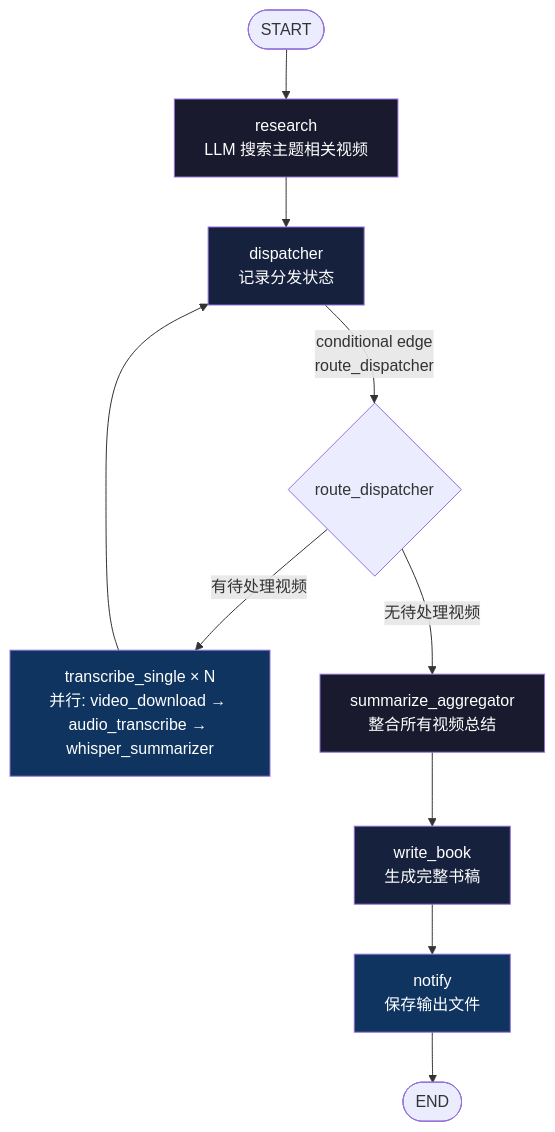
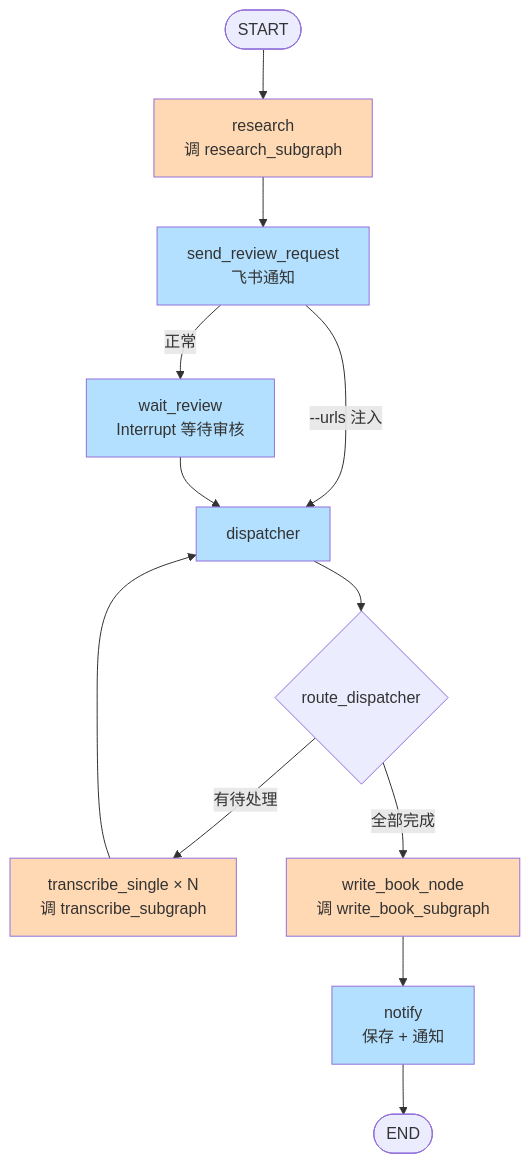
One commit to zzyong24/ai-pipeline changed the diagram in 01-video-md/readme.md. Above: the diagram before and after it, drawn with Mermaid. The commit also changed other lines of this file and 29 other files, not shown here.

````diff
--- a/01-video-md/readme.md
+++ b/01-video-md/readme.md
@@ -17,19 +37,23 @@
 ```mermaid
 flowchart TD
-    START([START]) --> R[research<br/>LLM 搜索主题相关视频]
-    R --> D[dispatcher<br/>记录分发状态]
-    D -->|conditional edge<br/>route_dispatcher| CE{route_dispatcher}
-    CE -->|有待处理视频| SF["transcribe_single × N<br/>并行: video_download → audio_transcribe → whisper_summarizer"]
+    START([START]) --> R["research<br/>调 research_subgraph"]
+    R --> SR[send_review_request<br/>飞书通知]
+    SR -->|正常| WR[wait_review<br/>Interrupt 等待审核]
+    SR -->|--urls 注入| D[dispatcher]
+    WR --> D
+
+    D --> CE{route_dispatcher}
+    CE -->|有待处理| SF["transcribe_single × N<br/>调 transcribe_subgraph"]
     SF --> D
-    CE -->|无待处理视频| SA[summarize_aggregator<br/>整合所有视频总结]
-    SA --> WB[write_book<br/>生成完整书稿]
-    WB --> N[notify<br/>保存输出文件]
+    CE -->|全部完成| WB["write_book_node<br/>调 write_book_subgraph"]
+    WB --> N[notify<br/>保存 + 通知]
     N --> END([END])
 
-    style R fill:#1a1a2e,color:#fff
-    style D fill:#16213e,color:#fff
-    style SF fill:#0f3460,color:#fff
-    style SA fill:#1a1a2e,color:#fff
-    style WB fill:#16213e,color:#fff
-    style N fill:#0f3460,color:#fff
+    style R fill:#ffd9b3
+    style SF fill:#ffd9b3
+    style WB fill:#ffd9b3
+    style SR fill:#b3e0ff
+    style WR fill:#b3e0ff
+    style D fill:#b3e0ff
+    style N fill:#b3e0ff
 ```
````
